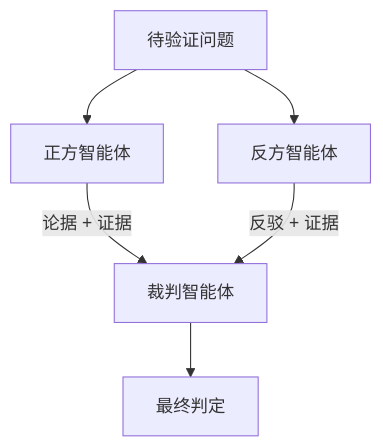
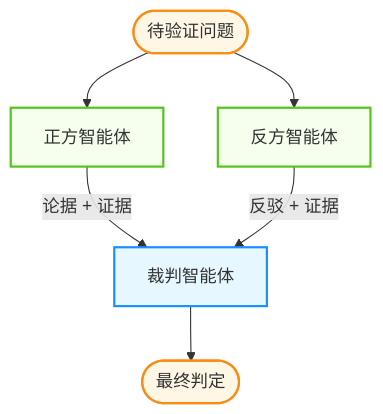
Before and after one commit to yeasy/agentic_ai_guide: the second of 2 diagrams in 06_communication/6.3_game_theory.md, drawn with Mermaid. The commit also changed other lines of this file and 36 other files, not shown here.

````diff
--- a/06_communication/6.3_game_theory.md
+++ b/06_communication/6.3_game_theory.md
@@ -118,8 +123,17 @@
 ```mermaid
 graph TD
-    Question["待验证问题"] --> Pro["正方智能体"]
+    %% Agentic Design System
+    classDef user fill:#fff7e6,stroke:#fa8c16,stroke-width:2px;
+    classDef agent fill:#e6f7ff,stroke:#1890ff,stroke-width:2px;
+    classDef tool fill:#f6ffed,stroke:#52c41a,stroke-width:2px;
+
+    Question(["待验证问题"]) --> Pro["正方智能体"]
     Question --> Con["反方智能体"]
     Pro -->|"论据 + 证据"| Judge["裁判智能体"]
     Con -->|"反驳 + 证据"| Judge
-    Judge --> Verdict["最终判定"]
+    Judge --> Verdict(["最终判定"])
+    
+    class Question,Verdict user;
+    class Pro,Con tool;
+    class Judge agent;
 ```
````
